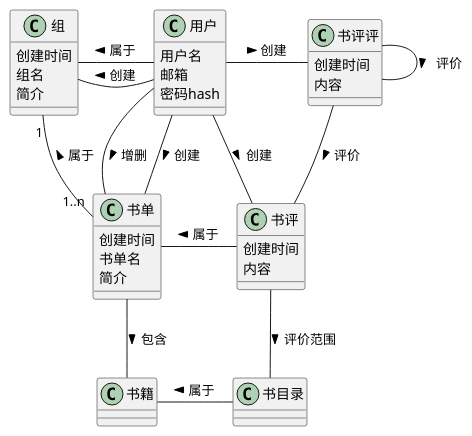
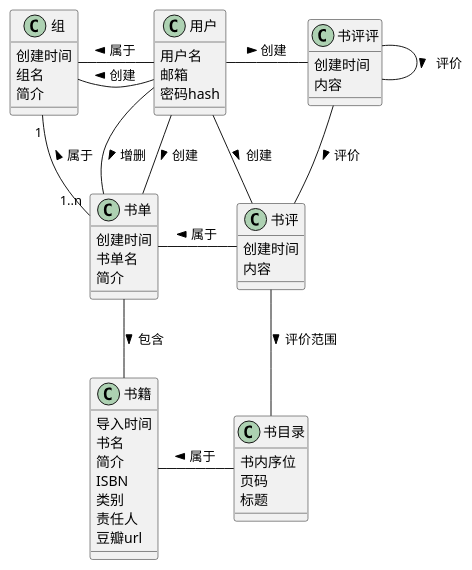
One commit to myuanz/rrjmgsigdazoye changed the diagram in main.iuml. Above: the diagram before and after it, drawn with PlantUML. The commit also changed 3 other files, not shown here.

Commit message:
add figure

```diff
--- a/main.iuml
+++ b/main.iuml
@@ -1,43 +1,57 @@
 @startuml main
 class 用户 {
     用户名
     邮箱
     密码hash
 }
 class 书评 {
     创建时间
     内容
 }
 class 书评评 {
     创建时间
     内容
 }
 class 组 {
     创建时间
     组名
     简介
 }
 class 书单 {
     创建时间
     书单名
     简介
 }
+class 书籍 {
+    导入时间
+    书名
+    简介
+    ISBN
+    类别
+    责任人
+    豆瓣url
+}
+class 书目录 {
+    书内序位
+    页码
+    标题    
+}
 
 用户 - 书评: 创建 >
 用户 - 书评评: 创建 >
 
 书评 -down- 书目录: 评价范围 >
 书评 -left- 书单: 属于 >
 书评 -up- 书评评: 评价 <
 书评评 - 书评评: 评价 > 
 书目录 -left- 书籍: 属于 >
 用户  -left-  组: 属于 > 
 用户  -left-  组: 创建 > 
 用户 -down- 书单: 创建 > 
 用户 - 书单: 增删 > 
 
 书单 "1..n" -down- "1" 组: 属于 > 
 
 书单 -down- 书籍: 包含 > 
 
 @enduml
```
